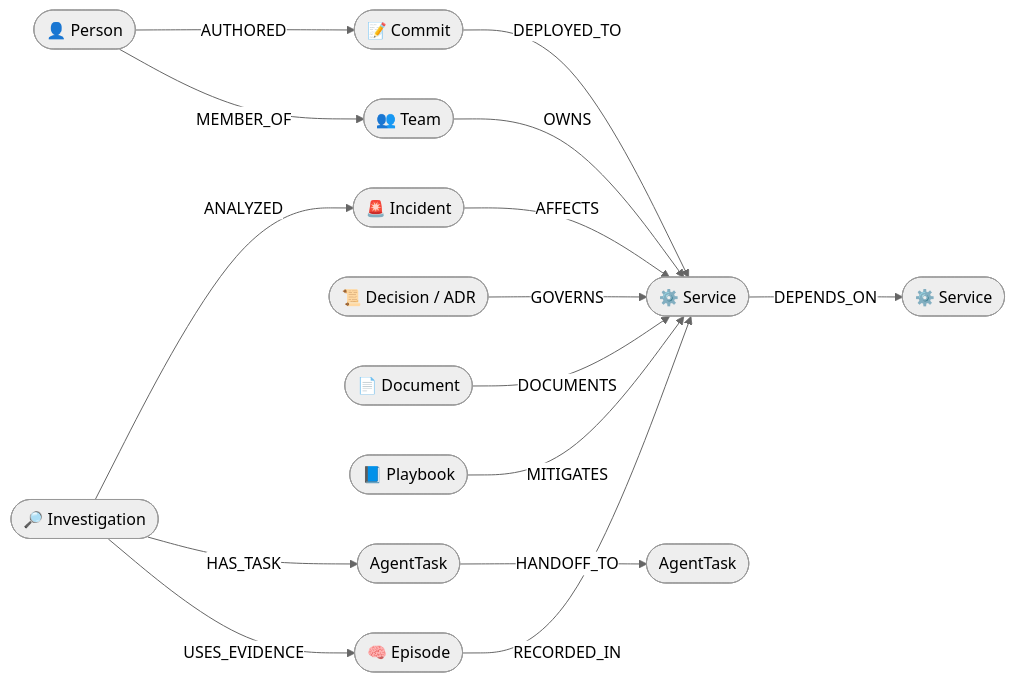
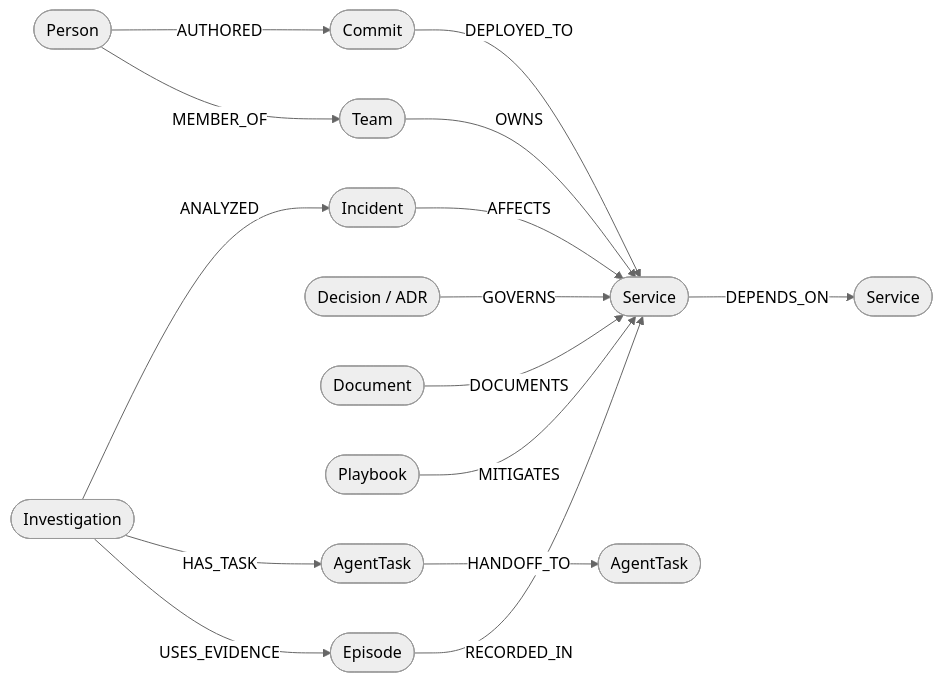
Before and after one commit to krish57-bit/AEGIS: the second of 4 diagrams in README.md, drawn with Mermaid (neutral theme). The commit also changed other lines of this file and 1 other file, not shown here.

````diff
--- a/README.md
+++ b/README.md
@@ -103,17 +63,17 @@
 ```mermaid
 flowchart LR
-    INC(["🚨 Incident"]) -- AFFECTS --> SVC(["⚙️ Service"])
-    SVC -- DEPENDS_ON --> SVC2(["⚙️ Service"])
-    COMMIT(["📝 Commit"]) -- DEPLOYED_TO --> SVC
-    PERSON(["👤 Person"]) -- AUTHORED --> COMMIT
-    PERSON -- MEMBER_OF --> TEAM(["👥 Team"])
+    INC(["Incident"]) -- AFFECTS --> SVC(["Service"])
+    SVC -- DEPENDS_ON --> SVC2(["Service"])
+    COMMIT(["Commit"]) -- DEPLOYED_TO --> SVC
+    PERSON(["Person"]) -- AUTHORED --> COMMIT
+    PERSON -- MEMBER_OF --> TEAM(["Team"])
     TEAM -- OWNS --> SVC
-    ADR(["📜 Decision / ADR"]) -- GOVERNS --> SVC
-    DOC(["📄 Document"]) -- DOCUMENTS --> SVC
-    PB(["📘 Playbook"]) -- MITIGATES --> SVC
-    EP(["🧠 Episode"]) -- RECORDED_IN --> SVC
-    INV(["🔎 Investigation"]) -- ANALYZED --> INC
+    ADR(["Decision / ADR"]) -- GOVERNS --> SVC
+    DOC(["Document"]) -- DOCUMENTS --> SVC
+    PB(["Playbook"]) -- MITIGATES --> SVC
+    EP(["Episode"]) -- RECORDED_IN --> SVC
+    INV(["Investigation"]) -- ANALYZED --> INC
     INV -- HAS_TASK --> T1(["AgentTask"])
     T1 -- HANDOFF_TO --> T2(["AgentTask"])
     INV -- USES_EVIDENCE --> EP
 ```
````
